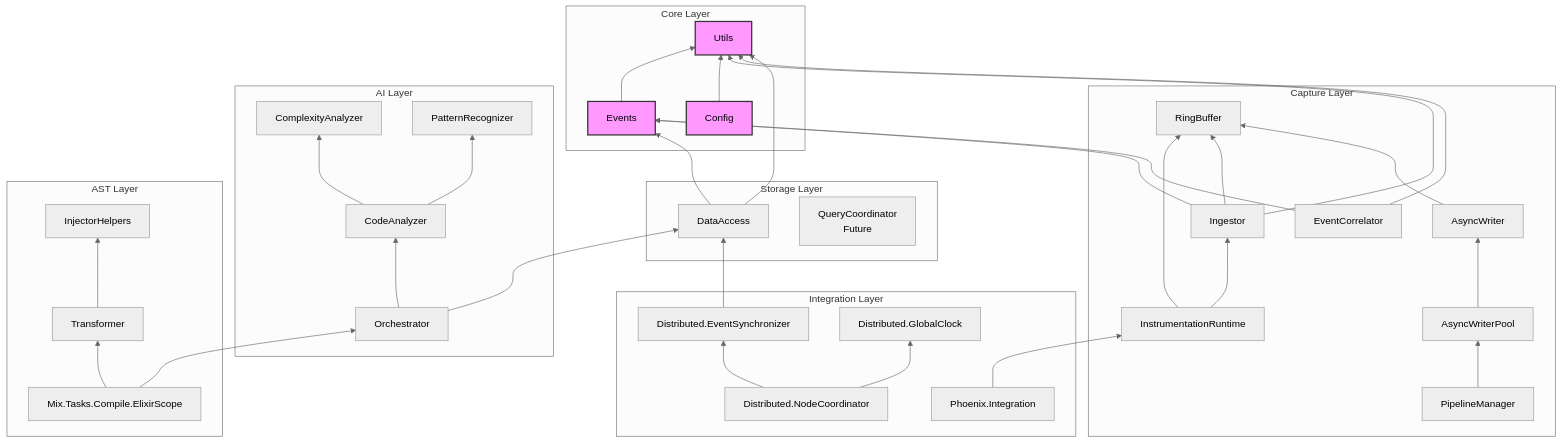
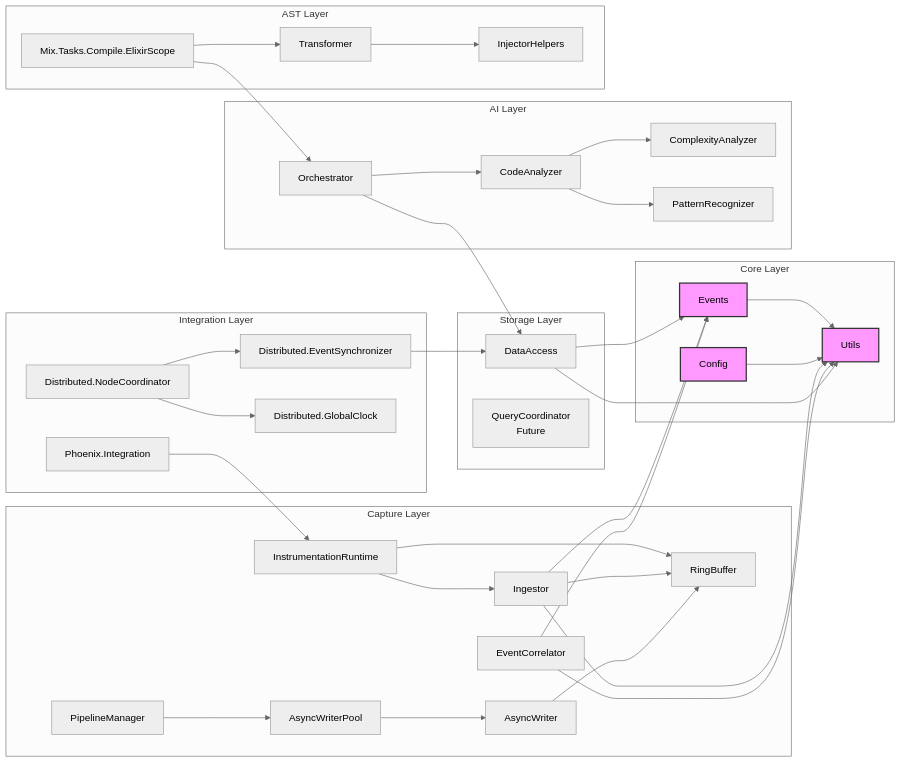
Before and after one commit to nshkrdotcom/ElixirScope: the second of 12 diagrams in DIAGS2.md, drawn with Mermaid (neutral theme).

````diff
--- a/DIAGS2.md
+++ b/DIAGS2.md
@@ -72,80 +72,80 @@
 ```mermaid
-graph BT
+graph LR
     subgraph "Core Layer"
         Utils
         Events
         Config
     end
 
     subgraph "Capture Layer"
         InstrumentationRuntime
         Ingestor
         RingBuffer
         PipelineManager
         AsyncWriter
         AsyncWriterPool
         EventCorrelator
     end
 
     subgraph "Storage Layer"
         DataAccess
         QueryCoordinator[QueryCoordinator<br/>Future]
     end
 
     subgraph "AI Layer"
         CodeAnalyzer
         ComplexityAnalyzer
         PatternRecognizer
         Orchestrator
     end
 
     subgraph "AST Layer"
         Transformer
         InjectorHelpers
         MixTask[Mix.Tasks.Compile.ElixirScope]
     end
 
     subgraph "Integration Layer"
         PhoenixIntegration[Phoenix.Integration]
         NodeCoordinator[Distributed.NodeCoordinator]
         EventSynchronizer[Distributed.EventSynchronizer]
         GlobalClock[Distributed.GlobalClock]
     end
 
     %% Dependencies
     Events --> Utils
     Config --> Utils
     
     InstrumentationRuntime --> RingBuffer
     InstrumentationRuntime --> Ingestor
     Ingestor --> RingBuffer
     Ingestor --> Events
     Ingestor --> Utils
     
     PipelineManager --> AsyncWriterPool
     AsyncWriterPool --> AsyncWriter
     AsyncWriter --> RingBuffer
     EventCorrelator --> Events
     EventCorrelator --> Utils
     
     DataAccess --> Events
     DataAccess --> Utils
     
     CodeAnalyzer --> ComplexityAnalyzer
     CodeAnalyzer --> PatternRecognizer
     Orchestrator --> CodeAnalyzer
     Orchestrator --> DataAccess
     
     Transformer --> InjectorHelpers
     MixTask --> Transformer
     MixTask --> Orchestrator
     
     PhoenixIntegration --> InstrumentationRuntime
     NodeCoordinator --> EventSynchronizer
     NodeCoordinator --> GlobalClock
     EventSynchronizer --> DataAccess
 
     style Utils fill:#f9f,stroke:#333,stroke-width:2px,color:#000
     style Events fill:#f9f,stroke:#333,stroke-width:2px,color:#000
     style Config fill:#f9f,stroke:#333,stroke-width:2px,color:#000
 ```
````
